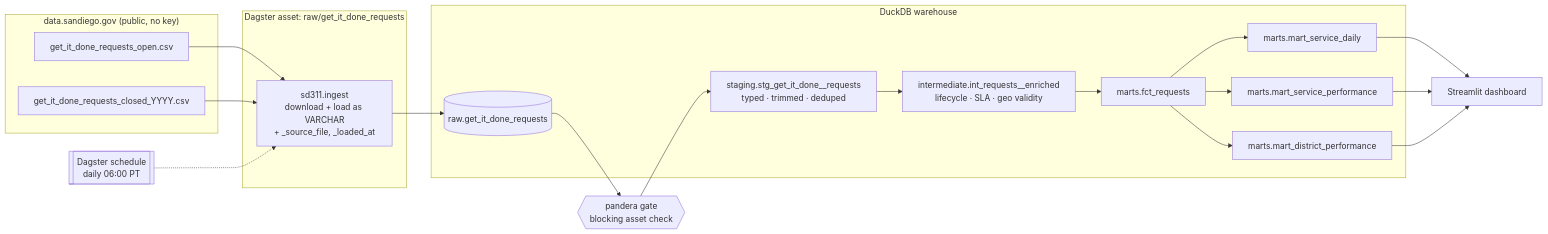
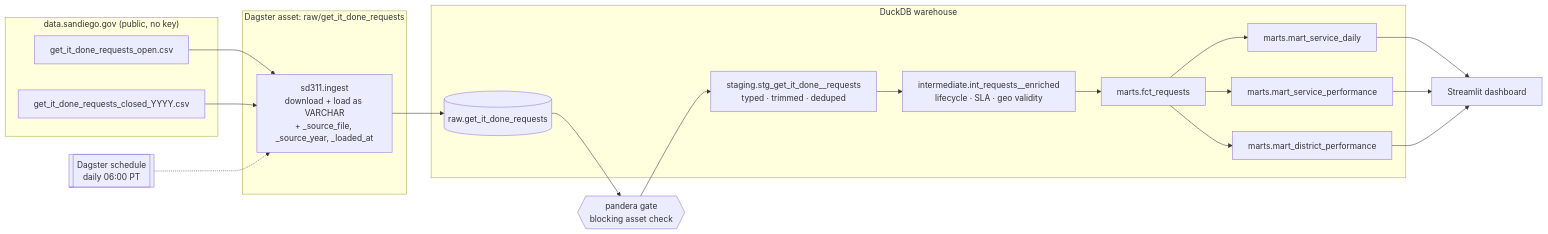
One commit to SuperJohn/sd-open-data-pipeline changed the diagram in README.md. Above: the diagram before and after it, drawn with Mermaid. The commit also changed other lines of this file and 2 other files, not shown here.

First line of the commit message:
Test multi-year backfill and document year-partitioned ingest (Closes #1)

````diff
--- a/README.md
+++ b/README.md
@@ -36,24 +36,24 @@
 ```mermaid
 flowchart LR
     subgraph Source["data.sandiego.gov (public, no key)"]
         A1[get_it_done_requests_open.csv]
         A2[get_it_done_requests_closed_YYYY.csv]
     end
     subgraph Ingest["Dagster asset: raw/get_it_done_requests"]
-        B[sd311.ingest<br/>download + load as VARCHAR<br/>+ _source_file, _loaded_at]
+        B[sd311.ingest<br/>download + load as VARCHAR<br/>+ _source_file, _source_year, _loaded_at]
     end
     G{{pandera gate<br/>blocking asset check}}
     subgraph DuckDB["DuckDB warehouse"]
         R[(raw.get_it_done_requests)]
         S[staging.stg_get_it_done__requests<br/>typed · trimmed · deduped]
         I[intermediate.int_requests__enriched<br/>lifecycle · SLA · geo validity]
         F[marts.fct_requests]
         M1[marts.mart_service_daily]
         M2[marts.mart_service_performance]
         M3[marts.mart_district_performance]
     end
     D[Streamlit dashboard]
     A1 & A2 --> B --> R --> G --> S --> I --> F
     F --> M1 & M2 & M3 --> D
     SCH[[Dagster schedule<br/>daily 06:00 PT]] -.-> B
 ```
````
